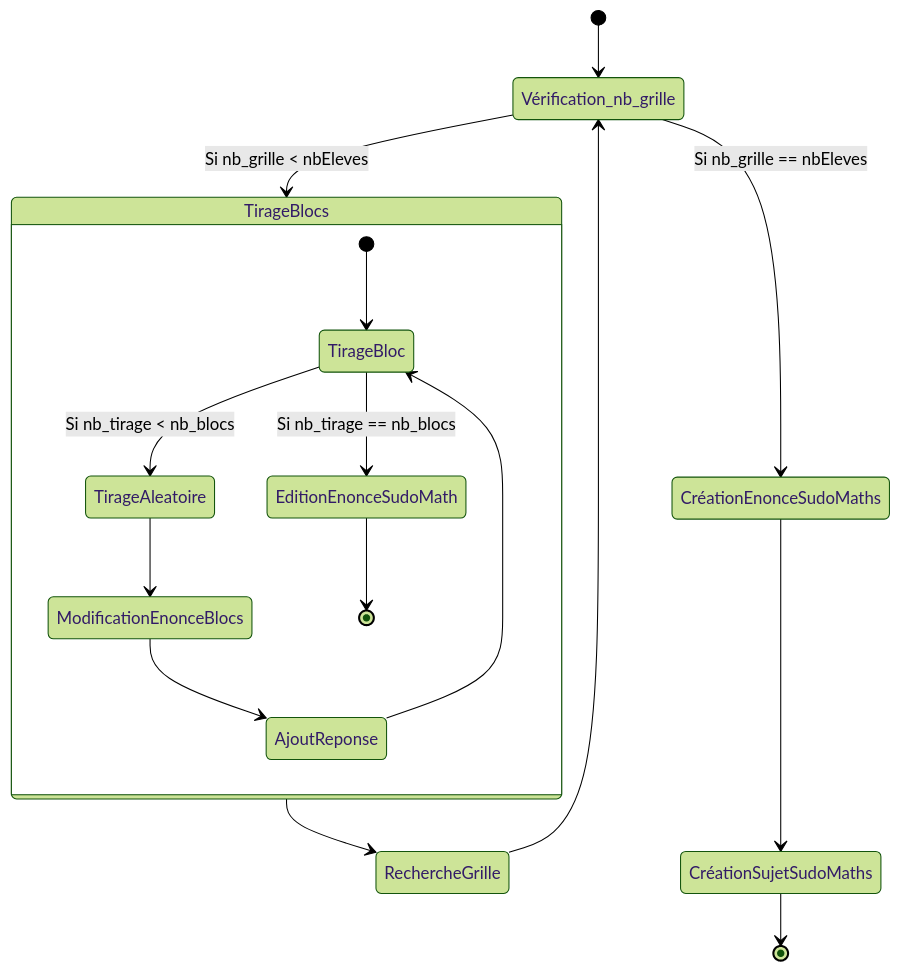
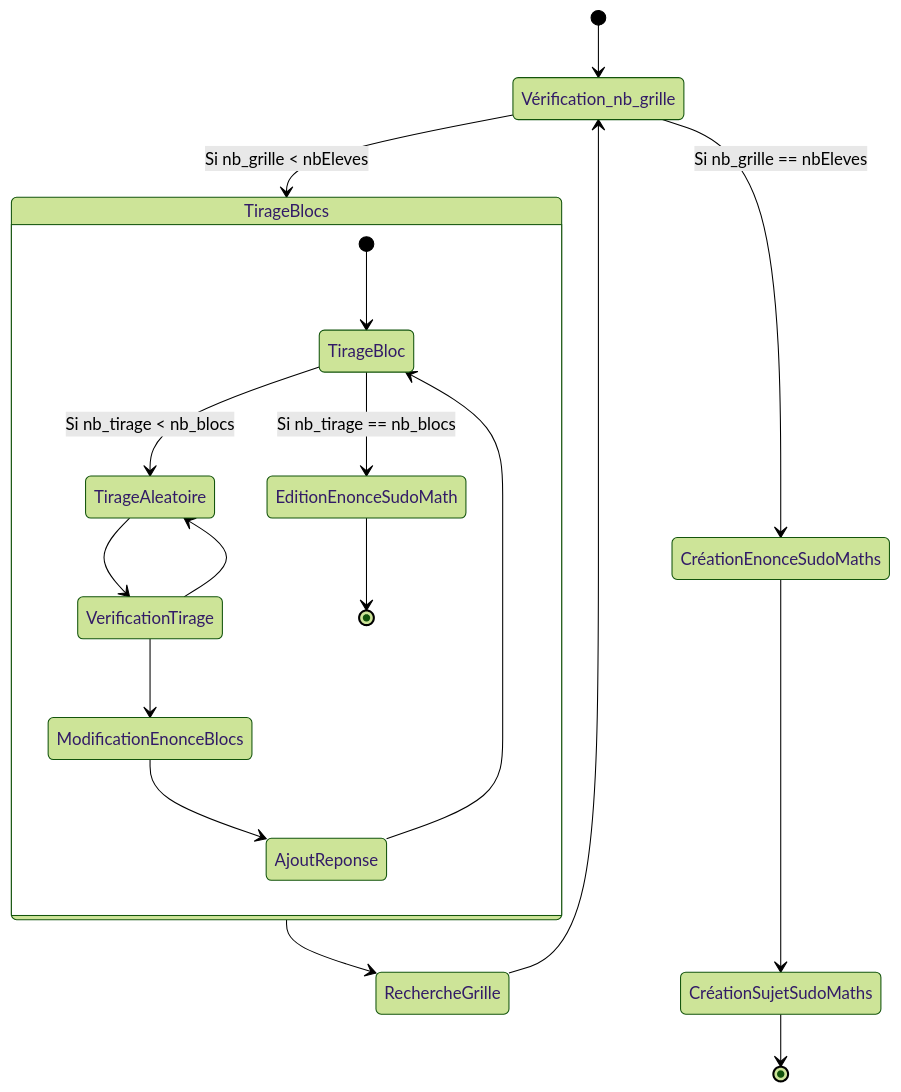
The second of 2 diagrams in modelisation.md (ndebarle/SudoMath), drawn with Mermaid (forest theme) before and after one commit.

Commit message:
Changement diag act

````diff
--- a/modelisation.md
+++ b/modelisation.md
@@ -61,19 +61,21 @@
 ```mermaid
 stateDiagram-v2
     [*] --> Vérification_nb_grille
     Vérification_nb_grille --> TirageBlocs : Si nb_grille < nbEleves
     state TirageBlocs {
         [*] --> TirageBloc
         TirageBloc --> TirageAleatoire : Si nb_tirage < nb_blocs 
         TirageBloc --> EditionEnonceSudoMath : Si nb_tirage == nb_blocs 
-        TirageAleatoire --> ModificationEnonceBlocs
+        TirageAleatoire --> VerificationTirage
+        VerificationTirage --> ModificationEnonceBlocs
+        VerificationTirage --> TirageAleatoire 
         ModificationEnonceBlocs --> AjoutReponse
         AjoutReponse --> TirageBloc
         EditionEnonceSudoMath --> [*]
     }
     TirageBlocs --> RechercheGrille
     RechercheGrille --> Vérification_nb_grille
     Vérification_nb_grille --> CréationEnonceSudoMaths : Si nb_grille == nbEleves
     CréationEnonceSudoMaths --> CréationSujetSudoMaths
     CréationSujetSudoMaths --> [*]
 ```
````
